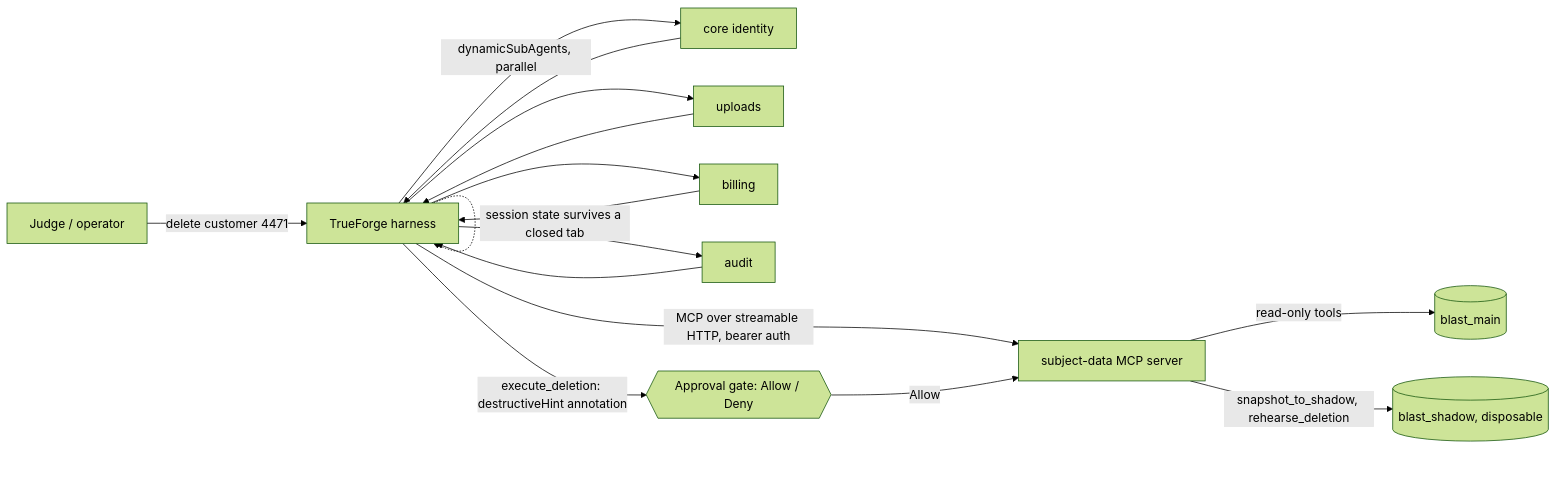
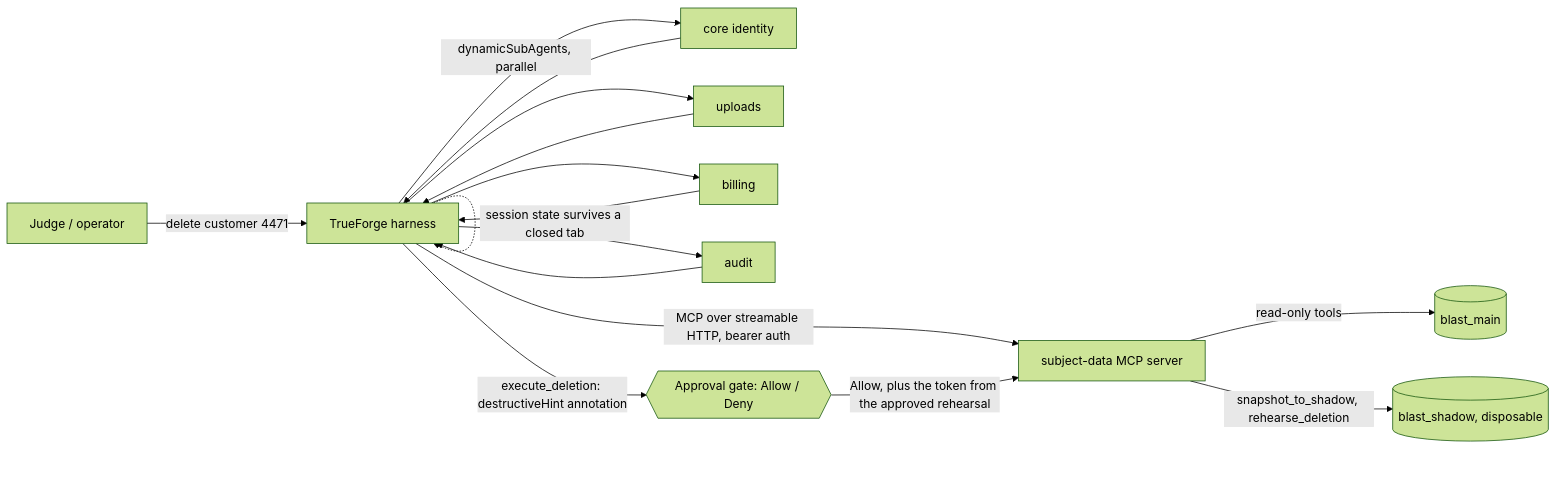
One commit to AdityaGaur77/Agent-harness-26 changed the diagram in README.md. Above: the diagram before and after it, drawn with Mermaid (forest theme). The commit also changed other lines of this file and 4 other files, not shown here.

````diff
--- a/README.md
+++ b/README.md
@@ -71,18 +83,18 @@
 ```mermaid
 flowchart LR
     User[Judge / operator] -->|"delete customer 4471"| Harness[TrueForge harness]
     Harness -->|dynamicSubAgents, parallel| D1[core identity]
     Harness --> D2[uploads]
     Harness --> D3[billing]
     Harness --> D4[audit]
     D1 --> Harness
     D2 --> Harness
     D3 --> Harness
     D4 --> Harness
     Harness -->|MCP over streamable HTTP, bearer auth| MCP[subject-data MCP server]
     MCP -->|read-only tools| Main[(blast_main)]
     MCP -->|snapshot_to_shadow, rehearse_deletion| Shadow[(blast_shadow, disposable)]
     Harness -->|execute_deletion: destructiveHint annotation| Gate{{Approval gate: Allow / Deny}}
-    Gate -->|Allow| MCP
+    Gate -->|Allow, plus the token from the approved rehearsal| MCP
     Harness -.session state survives a closed tab.-> Harness
 ```
````
